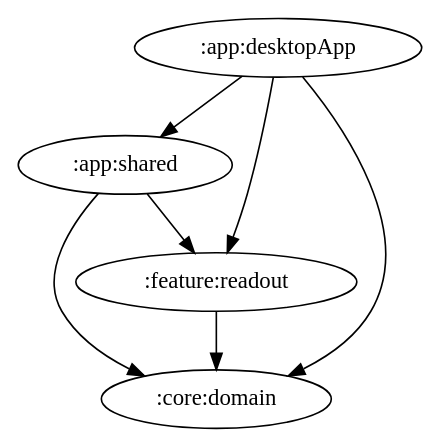
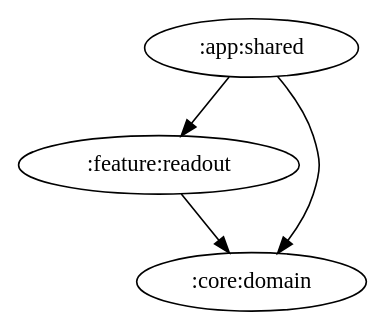
The diagram in docs/graphs/feature-readout.gv (ai-kurou/KoDriver), drawn with Graphviz before and after one commit. The commit also changed 9 other files, not shown here.

Commit message:
chore: update module graph images [skip ci]

```diff
--- a/docs/graphs/feature-readout.gv
+++ b/docs/graphs/feature-readout.gv
@@ -1,8 +1,5 @@
 digraph G {
-  ":app:desktopApp" -> ":app:shared"
-  ":app:desktopApp" -> ":core:domain"
-  ":app:desktopApp" -> ":feature:readout"
   ":app:shared" -> ":feature:readout"
   ":app:shared" -> ":core:domain"
   ":feature:readout" -> ":core:domain"
 }
```
